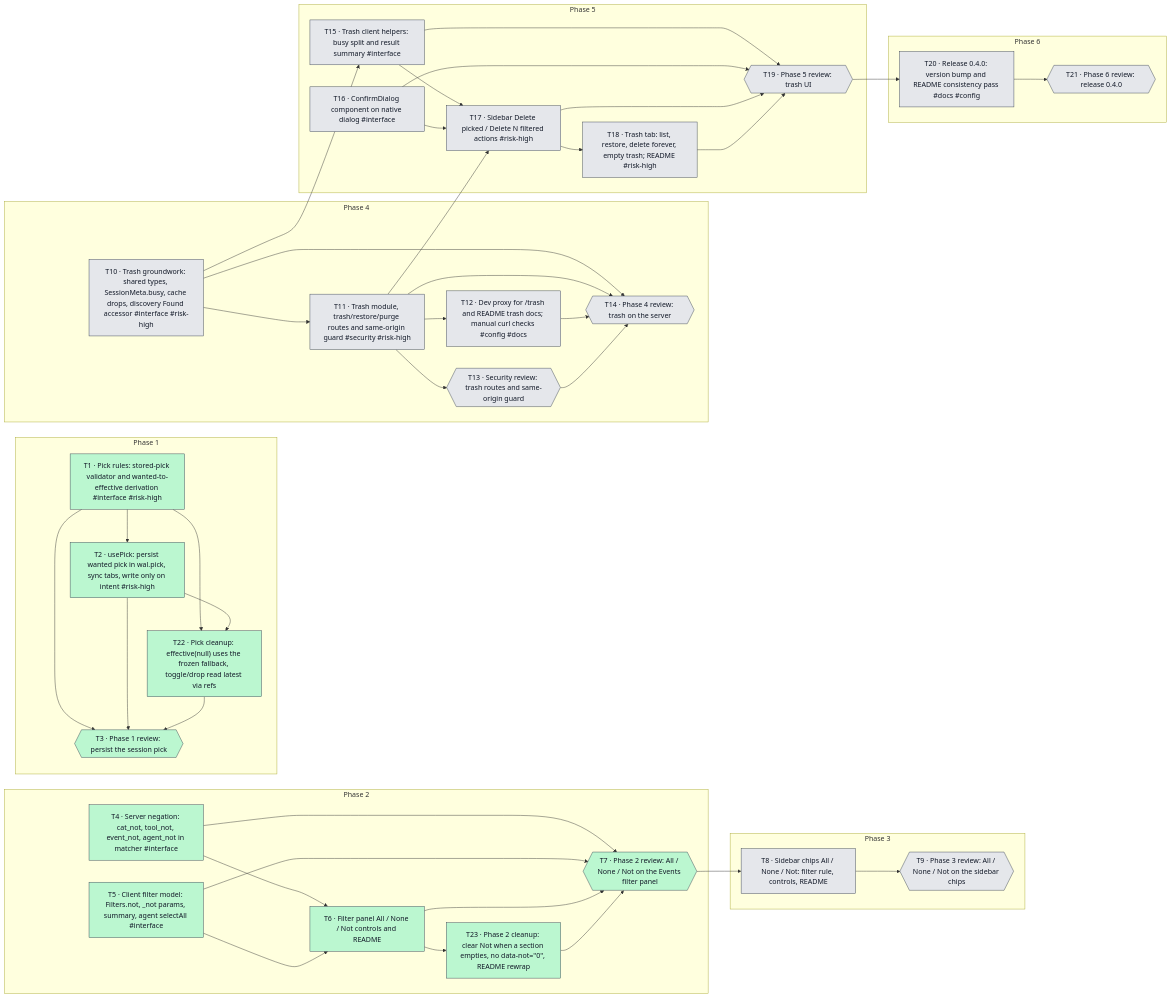
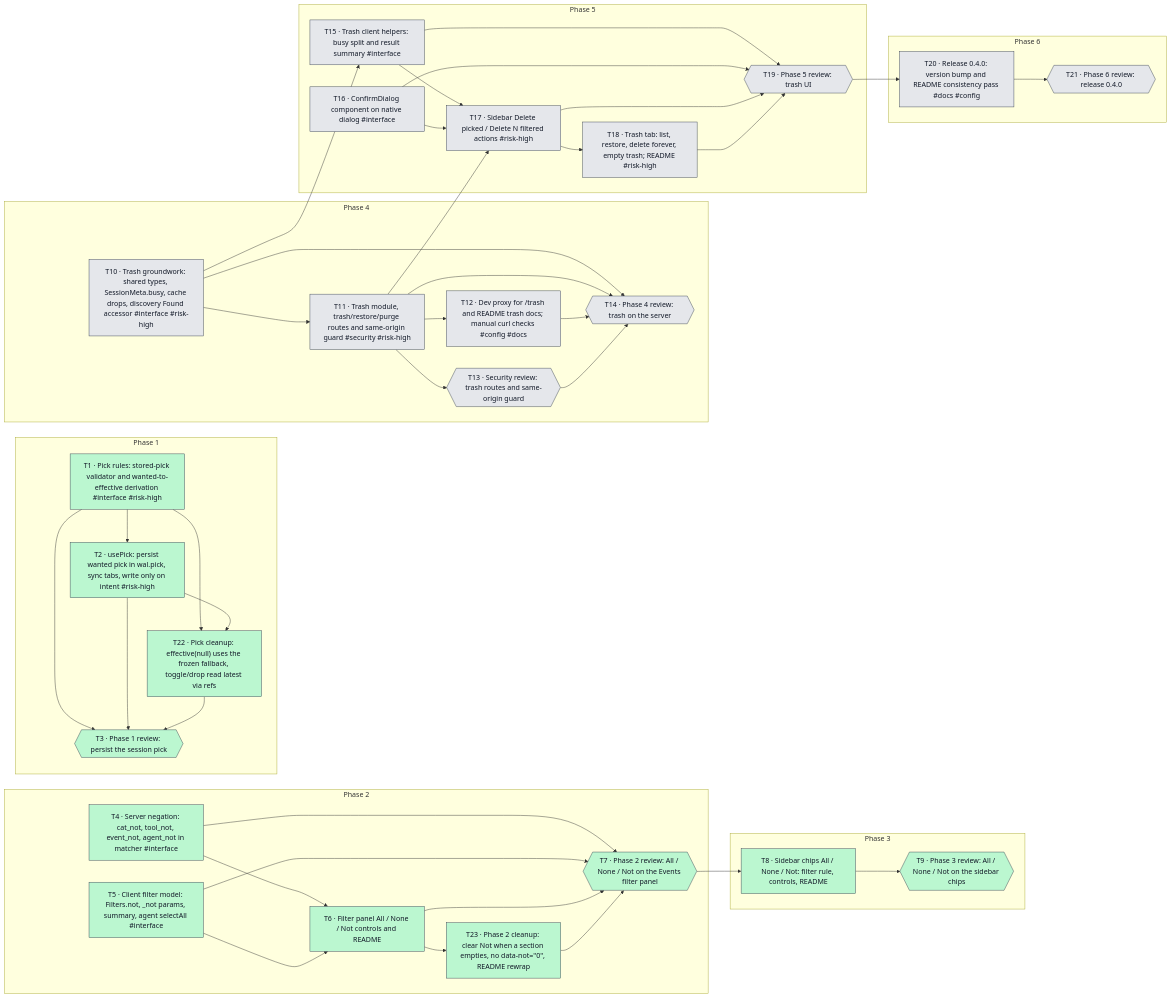
One commit to raqs31/claude-wal-session-viewer changed the diagram in .ai/changes/wal-observer-pick-persist-trash-filter-negation/graph.mmd. Above: the diagram before and after it, drawn with Mermaid. The commit also changed 11 other files, not shown here.

```diff
--- a/.ai/changes/wal-observer-pick-persist-trash-filter-negation/graph.mmd
+++ b/.ai/changes/wal-observer-pick-persist-trash-filter-negation/graph.mmd
@@ -1,99 +1,99 @@
 flowchart LR
   classDef todo fill:#e5e7eb,stroke:#374151,color:#111827
   classDef in_progress fill:#bfdbfe,stroke:#374151,color:#111827
   classDef review fill:#ddd6fe,stroke:#374151,color:#111827
   classDef blocked fill:#fecaca,stroke:#374151,color:#111827
   classDef user_review fill:#fde68a,stroke:#374151,color:#111827
   classDef done fill:#bbf7d0,stroke:#374151,color:#111827
   classDef declined fill:#f3f4f6,stroke:#374151,color:#111827
   subgraph phase_1["Phase 1"]
     T1["T1 · Pick rules: stored-pick validator and wanted-to-effective derivation #interface #risk-high"]
     T2["T2 · usePick: persist wanted pick in wal.pick, sync tabs, write only on intent #risk-high"]
     T3{{"T3 · Phase 1 review: persist the session pick"}}
     T22["T22 · Pick cleanup: effective(null) uses the frozen fallback, toggle/drop read latest via refs"]
   end
   subgraph phase_2["Phase 2"]
     T4["T4 · Server negation: cat_not, tool_not, event_not, agent_not in matcher #interface"]
     T5["T5 · Client filter model: Filters.not, _not params, summary, agent selectAll #interface"]
     T6["T6 · Filter panel All / None / Not controls and README"]
     T7{{"T7 · Phase 2 review: All / None / Not on the Events filter panel"}}
     T23["T23 · Phase 2 cleanup: clear Not when a section empties, no data-not=#quot;0#quot;, README rewrap"]
   end
   subgraph phase_3["Phase 3"]
     T8["T8 · Sidebar chips All / None / Not: filter rule, controls, README"]
     T9{{"T9 · Phase 3 review: All / None / Not on the sidebar chips"}}
   end
   subgraph phase_4["Phase 4"]
     T10["T10 · Trash groundwork: shared types, SessionMeta.busy, cache drops, discovery Found accessor #interface #risk-high"]
     T11["T11 · Trash module, trash/restore/purge routes and same-origin guard #security #risk-high"]
     T12["T12 · Dev proxy for /trash and README trash docs; manual curl checks #config #docs"]
     T13{{"T13 · Security review: trash routes and same-origin guard"}}
     T14{{"T14 · Phase 4 review: trash on the server"}}
   end
   subgraph phase_5["Phase 5"]
     T15["T15 · Trash client helpers: busy split and result summary #interface"]
     T16["T16 · ConfirmDialog component on native dialog #interface"]
     T17["T17 · Sidebar Delete picked / Delete N filtered actions #risk-high"]
     T18["T18 · Trash tab: list, restore, delete forever, empty trash; README #risk-high"]
     T19{{"T19 · Phase 5 review: trash UI"}}
   end
   subgraph phase_6["Phase 6"]
     T20["T20 · Release 0.4.0: version bump and README consistency pass #docs #config"]
     T21{{"T21 · Phase 6 review: release 0.4.0"}}
   end
   T1 --> T2
   T1 --> T3
   T1 --> T22
   T2 --> T3
   T2 --> T22
   T4 --> T6
   T4 --> T7
   T5 --> T6
   T5 --> T7
   T6 --> T7
   T6 --> T23
   T7 --> T8
   T8 --> T9
   T10 --> T11
   T10 --> T14
   T10 --> T15
   T11 --> T12
   T11 --> T13
   T11 --> T14
   T11 --> T17
   T12 --> T14
   T13 --> T14
   T15 --> T17
   T15 --> T19
   T16 --> T17
   T16 --> T19
   T17 --> T18
   T17 --> T19
   T18 --> T19
   T19 --> T20
   T20 --> T21
   T22 --> T3
   T23 --> T7
   class T1 done
   class T2 done
   class T3 done
   class T4 done
   class T5 done
   class T6 done
   class T7 done
-  class T8 todo
-  class T9 todo
+  class T8 done
+  class T9 done
   class T10 todo
   class T11 todo
   class T12 todo
   class T13 todo
   class T14 todo
   class T15 todo
   class T16 todo
   class T17 todo
   class T18 todo
   class T19 todo
   class T20 todo
   class T21 todo
   class T22 done
   class T23 done
```
